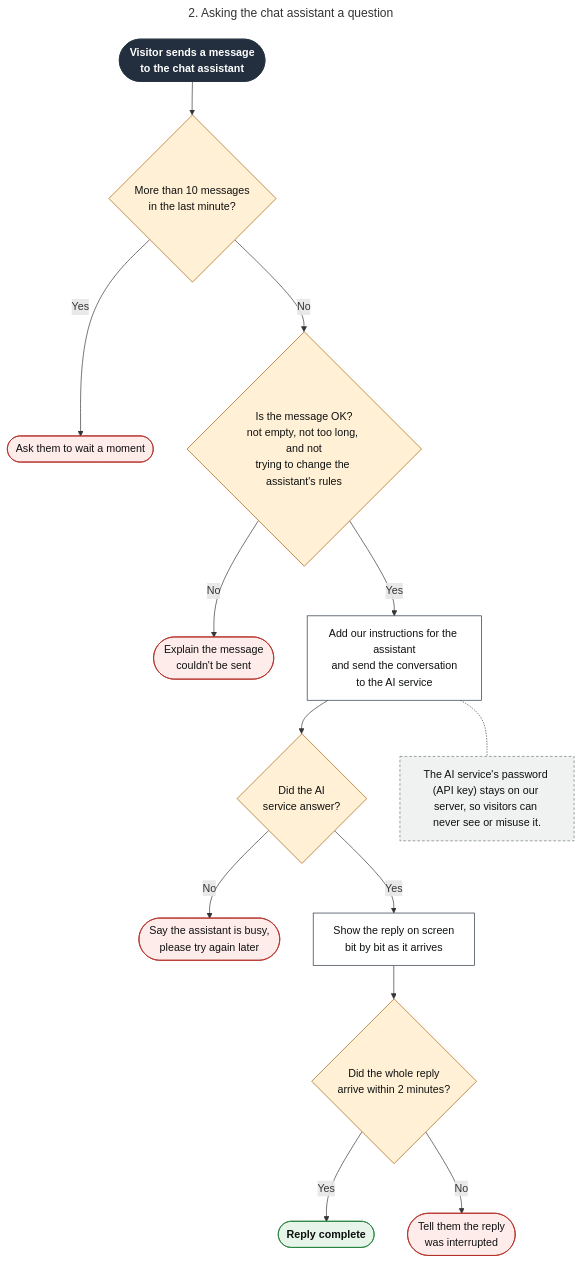
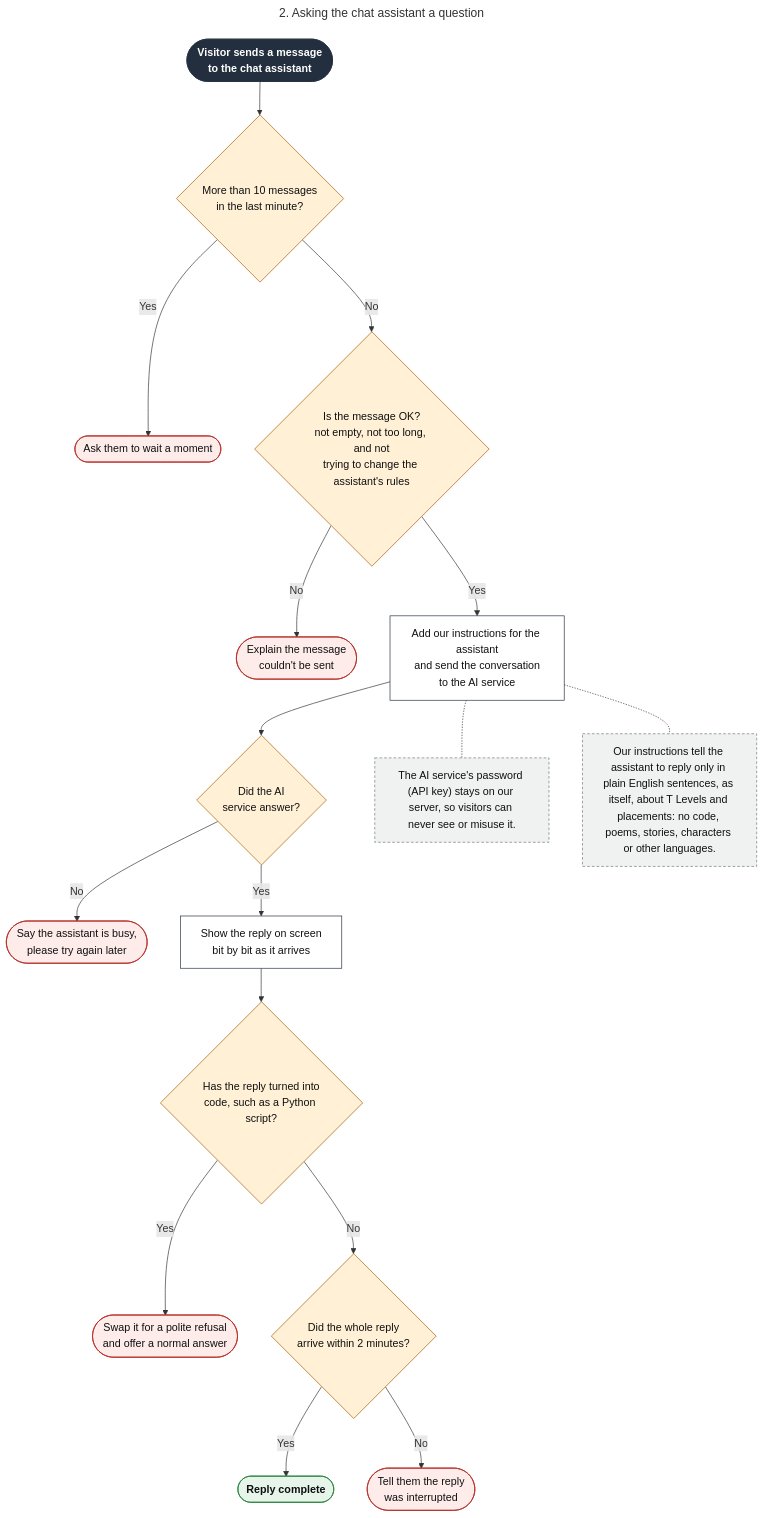
Before and after one commit to lucideds/bristol-gp: the diagram in docs/flowcharts/2-chatbot-request.mmd, drawn with Mermaid. The commit also changed 10 other files, not shown here.

```diff
--- a/docs/flowcharts/2-chatbot-request.mmd
+++ b/docs/flowcharts/2-chatbot-request.mmd
@@ -1,25 +1,29 @@
 ---
 title: "2. Asking the chat assistant a question"
 ---
 flowchart TD
     S([Visitor sends a message<br/>to the chat assistant]):::start --> A{More than 10 messages<br/>in the last minute?}:::question
     A -- Yes --> AX([Ask them to wait a moment]):::stop
     A -- No --> B{Is the message OK?<br/>not empty, not too long, and not<br/>trying to change the assistant's rules}:::question
     B -- No --> BX([Explain the message<br/>couldn't be sent]):::stop
     B -- Yes --> C[Add our instructions for the assistant<br/>and send the conversation<br/>to the AI service]:::step
     C --> D{Did the AI<br/>service answer?}:::question
     D -- No --> DX([Say the assistant is busy,<br/>please try again later]):::stop
     D -- Yes --> E[Show the reply on screen<br/>bit by bit as it arrives]:::step
-    E --> F{Did the whole reply<br/>arrive within 2 minutes?}:::question
+    E --> G{Has the reply turned into<br/>code, such as a Python script?}:::question
+    G -- Yes --> GX([Swap it for a polite refusal<br/>and offer a normal answer]):::stop
+    G -- No --> F{Did the whole reply<br/>arrive within 2 minutes?}:::question
     F -- Yes --> OK([Reply complete]):::good
     F -- No --> FX([Tell them the reply<br/>was interrupted]):::stop
 
     N["The AI service's password (API key) stays on our server, so visitors can never see or misuse it."]:::note
     C -.- N
+    N2["Our instructions tell the assistant to reply only in plain English sentences, as itself, about T Levels and placements: no code, poems, stories, characters or other languages."]:::note
+    C -.- N2
 
     classDef start fill:#232f3e,stroke:#232f3e,color:#ffffff,font-weight:bold
     classDef step fill:#ffffff,stroke:#232f3e,color:#0f1111
     classDef question fill:#fff0d6,stroke:#a35c00,color:#0f1111
     classDef good fill:#e6f4ea,stroke:#1e7e34,color:#0f1111,font-weight:bold
     classDef stop fill:#fdecea,stroke:#b3261e,color:#0f1111
     classDef note fill:#f0f2f2,stroke:#6f7777,color:#0f1111,stroke-dasharray:4 3
```
